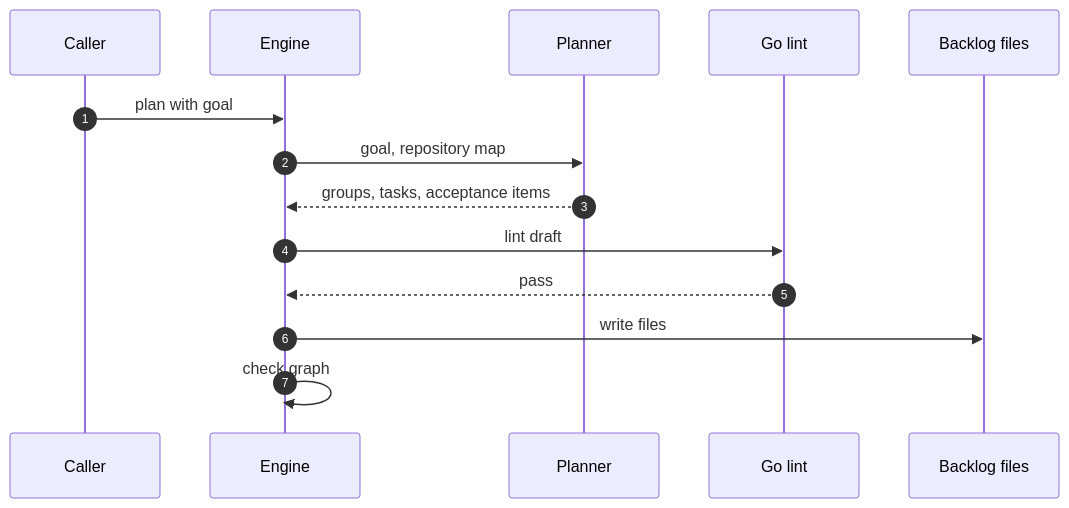
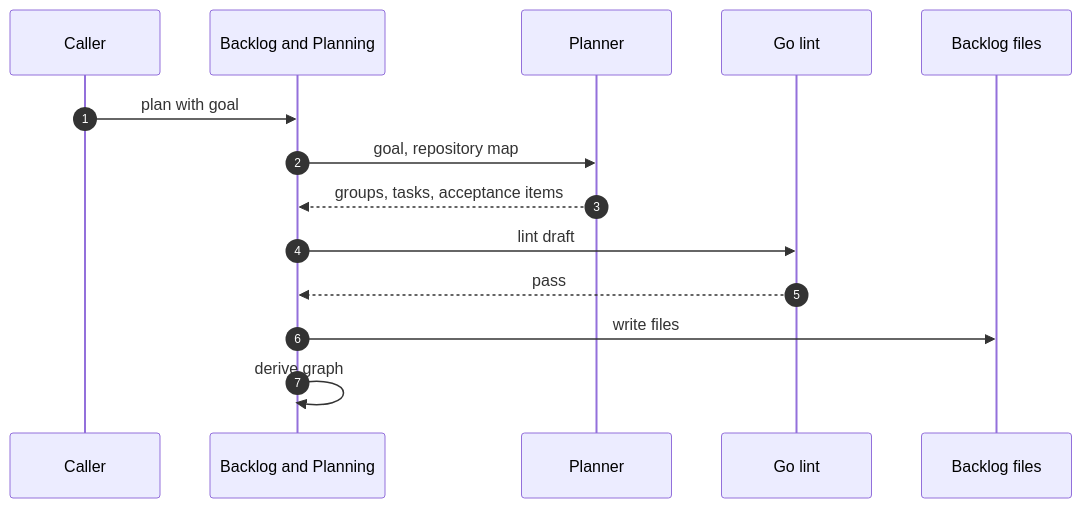
Before and after one commit to rdevitto86/komodo-agentic-harness-coding: diagram 36 of 45 in docs/hld.md, drawn with Mermaid. The commit also changed other lines of this file, not shown here.

````diff
--- a/docs/hld.md
+++ b/docs/hld.md
@@ -1655,16 +1654,16 @@
 ```mermaid
 sequenceDiagram
   autonumber
   participant C as Caller
-  participant E as Engine
+  participant E as Backlog and Planning
   participant P as Planner
   participant L as Go lint
   participant F as Backlog files
   C->>E: plan with goal
   E->>P: goal, repository map
   P-->>E: groups, tasks, acceptance items
   E->>L: lint draft
   L-->>E: pass
   E->>F: write files
-  E->>E: check graph
+  E->>E: derive graph
 ```
````
